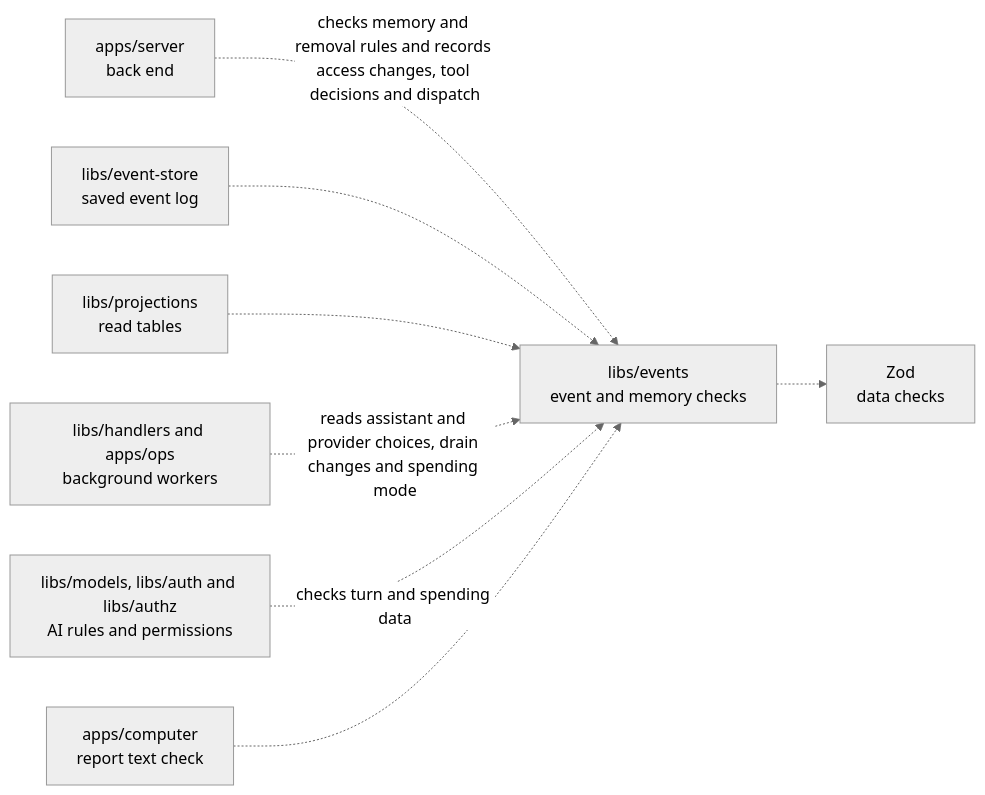
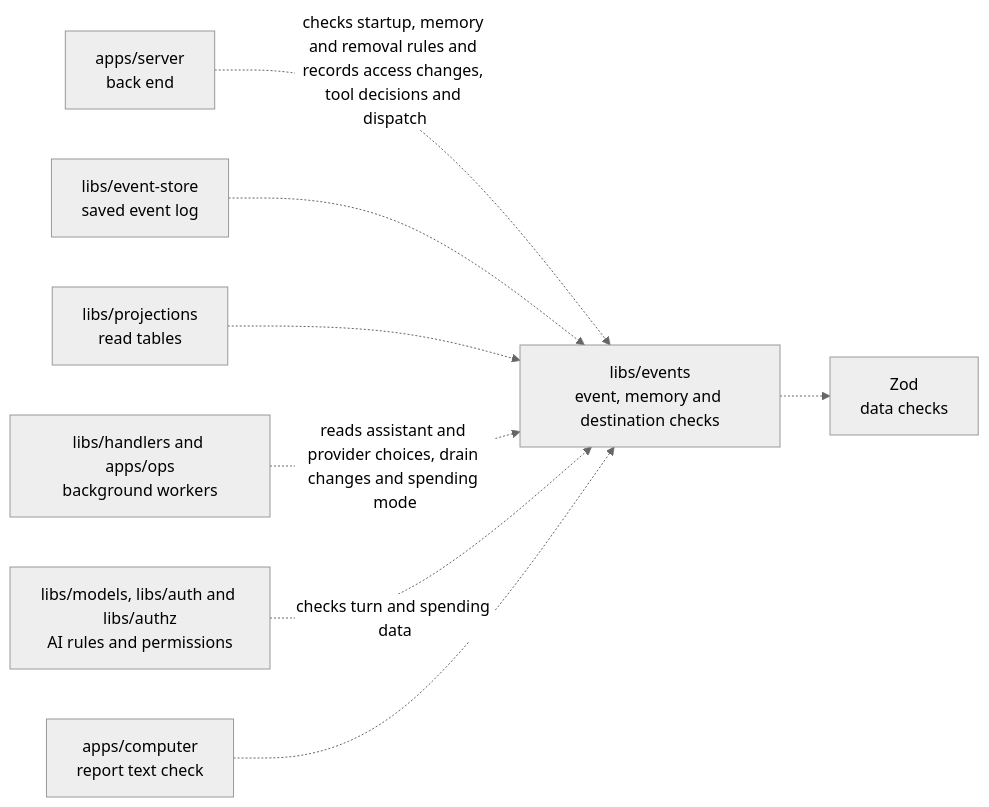
Before and after one commit to elewa-git/opencrane-new: the diagram in libs/events/README.md, drawn with Mermaid (neutral theme). The commit also changed other lines of this file and 22 other files, not shown here.

````diff
--- a/libs/events/README.md
+++ b/libs/events/README.md
@@ -23,10 +23,10 @@
 ```mermaid
 flowchart LR
-  server["apps/server<br/>back end"] -.->|checks memory and removal rules and records access changes, tool decisions and dispatch| events["libs/events<br/>event and memory checks"]
+  server["apps/server<br/>back end"] -.->|checks startup, memory and removal rules and records access changes, tool decisions and dispatch| events["libs/events<br/>event, memory and destination checks"]
   store["libs/event-store<br/>saved event log"] -.-> events
   projections["libs/projections<br/>read tables"] -.-> events
   workers["libs/handlers and apps/ops<br/>background workers"] -.->|reads assistant and provider choices, drain changes and spending mode| events
   others["libs/models, libs/auth and libs/authz<br/>AI rules and permissions"] -.->|checks turn and spending data| events
   computer["apps/computer<br/>report text check"] -.-> events
   events -.-> zod["Zod<br/>data checks"]
 ```
````
